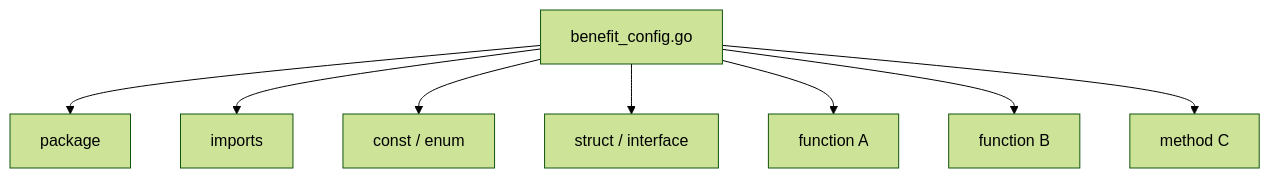
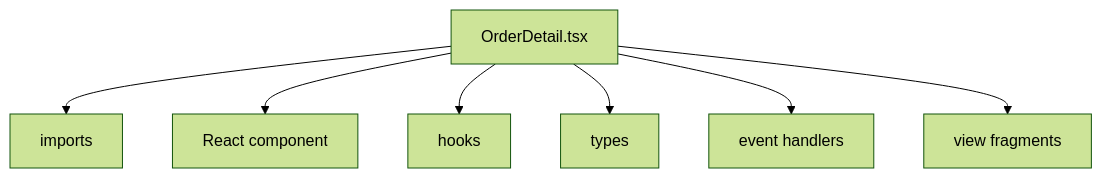
The second of 3 diagrams in packages/rag-rd-knowledge-deck/slides.md (AlixWang/001dev), drawn with Mermaid (forest theme) before and after one commit. The commit also changed other lines of this file, not shown here.

````diff
--- a/packages/rag-rd-knowledge-deck/slides.md
+++ b/packages/rag-rd-knowledge-deck/slides.md
@@ -268,10 +268,9 @@
 ```mermaid
 flowchart TB
-  File[benefit_config.go] --> P[package]
-  File --> I[imports]
-  File --> C[const / enum]
-  File --> S[struct / interface]
-  File --> F1[function A]
-  File --> F2[function B]
-  File --> M[method C]
+  File[OrderDetail.tsx] --> I[imports]
+  File --> C[React component]
+  File --> H[hooks]
+  File --> T[types]
+  File --> A[event handlers]
+  File --> V[view fragments]
 ```
````
